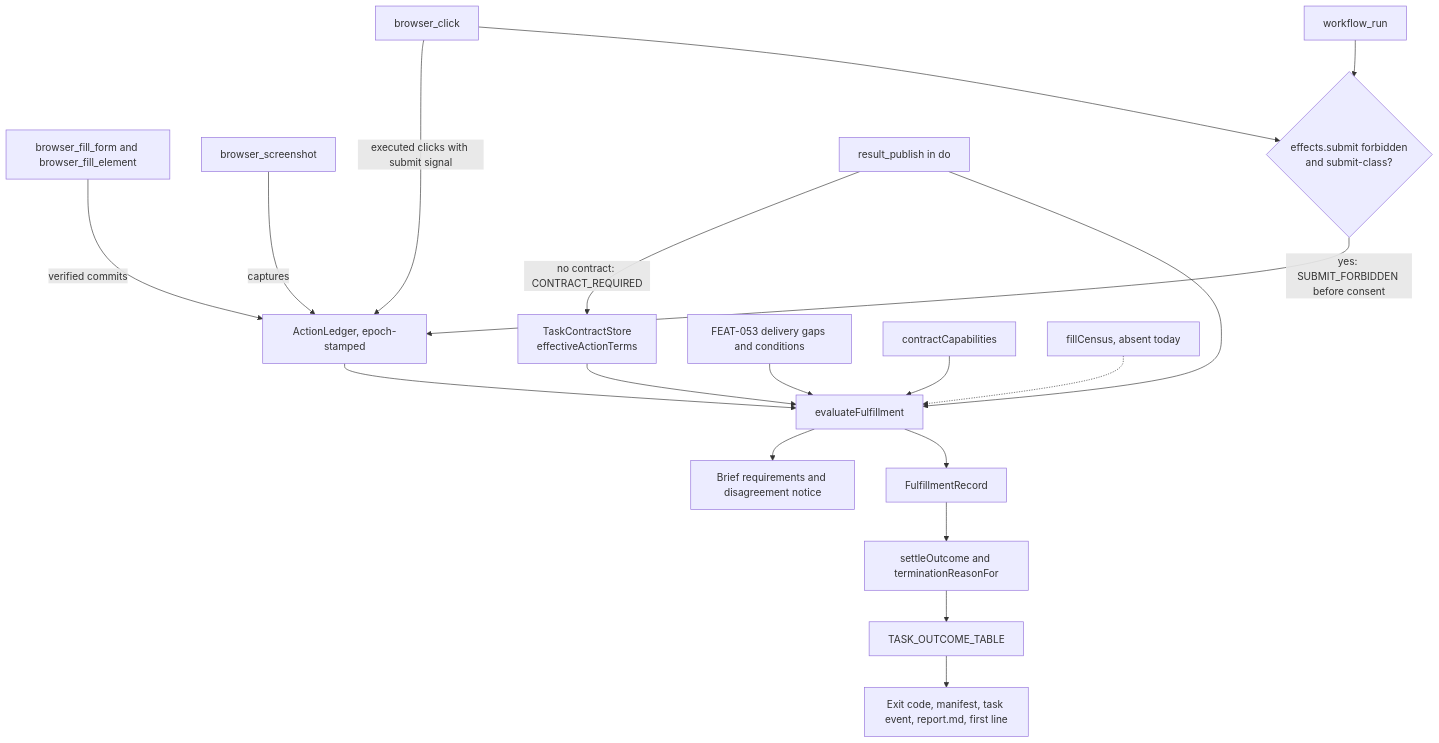
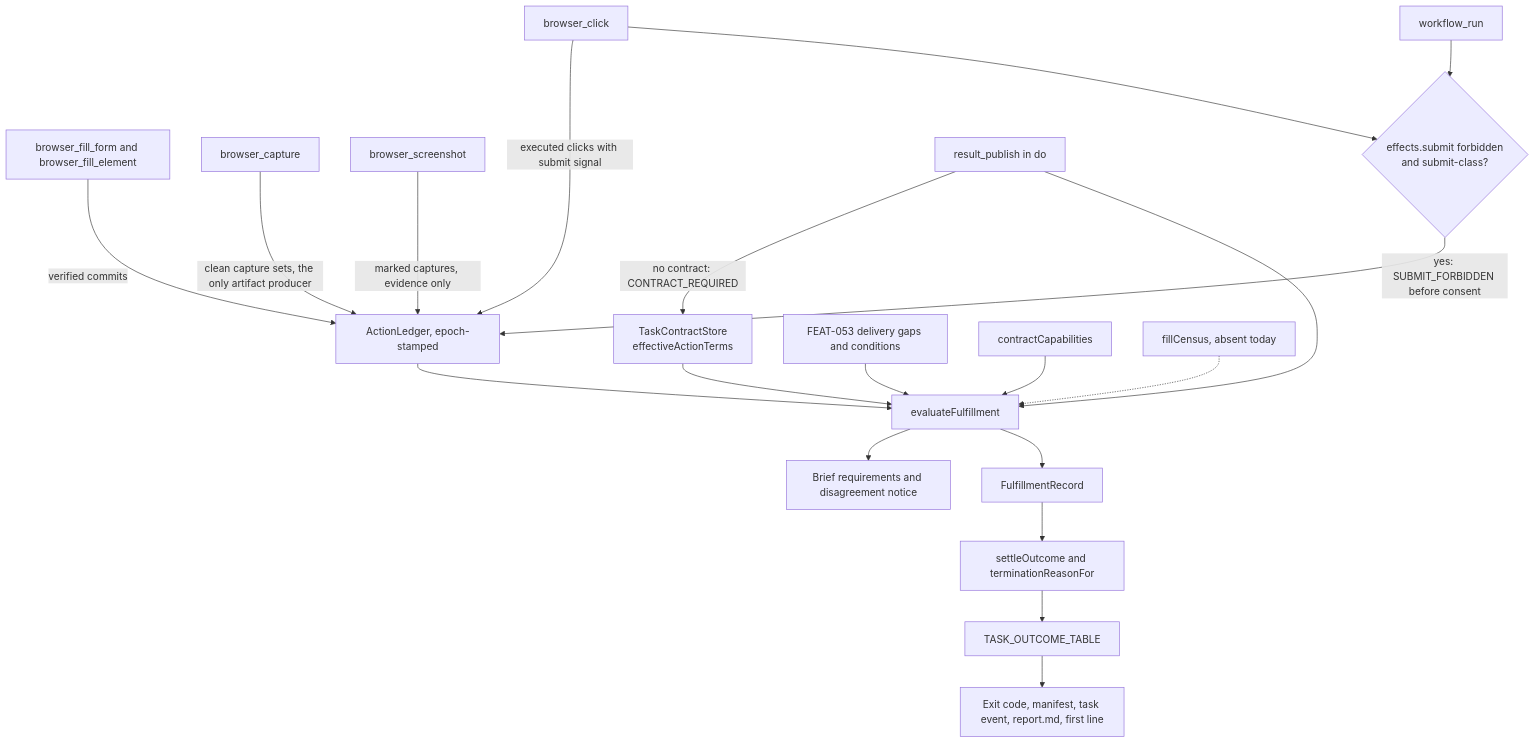
One commit to abranjith/yantra changed diagram 13 of 26 in docs/architecture.md. Above: the diagram before and after it, drawn with Mermaid. The commit also changed other lines of this file and 156 other files, not shown here.

````diff
--- a/docs/architecture.md
+++ b/docs/architecture.md
@@ -1604,21 +1629,22 @@
 ```mermaid
 flowchart TD
   Fill[browser_fill_form and browser_fill_element] -->|verified commits| Ledger[ActionLedger, epoch-stamped]
   Click[browser_click] -->|executed clicks with submit signal| Ledger
-  Shot[browser_screenshot] -->|captures| Ledger
+  Capture[browser_capture] -->|clean capture sets, the only artifact producer| Ledger
+  Shot[browser_screenshot] -->|marked captures, evidence only| Ledger
   Click --> Policy{effects.submit forbidden<br/>and submit-class?}
   Nested[workflow_run] --> Policy
   Policy -->|yes: SUBMIT_FORBIDDEN before consent| Ledger
   Contract[TaskContractStore<br/>effectiveActionTerms] --> Evaluate[evaluateFulfillment]
   Ledger --> Evaluate
   Delivery[FEAT-053 delivery gaps and conditions] --> Evaluate
   Caps[contractCapabilities] --> Evaluate
   Census[fillCensus, absent today] -.-> Evaluate
   Publish[result_publish in do] -->|no contract: CONTRACT_REQUIRED| Contract
   Publish --> Evaluate
   Evaluate --> Brief[Brief requirements and disagreement notice]
   Evaluate --> Record[FulfillmentRecord]
   Record --> Settle[settleOutcome and terminationReasonFor]
   Settle --> Table[TASK_OUTCOME_TABLE]
   Table --> Artifacts[Exit code, manifest, task event, report.md, first line]
 ```
````
